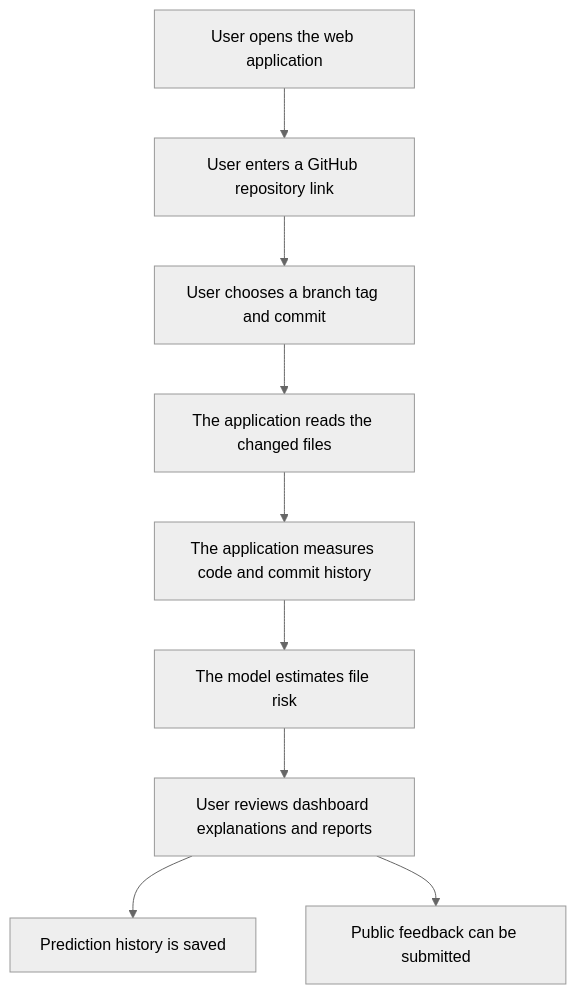
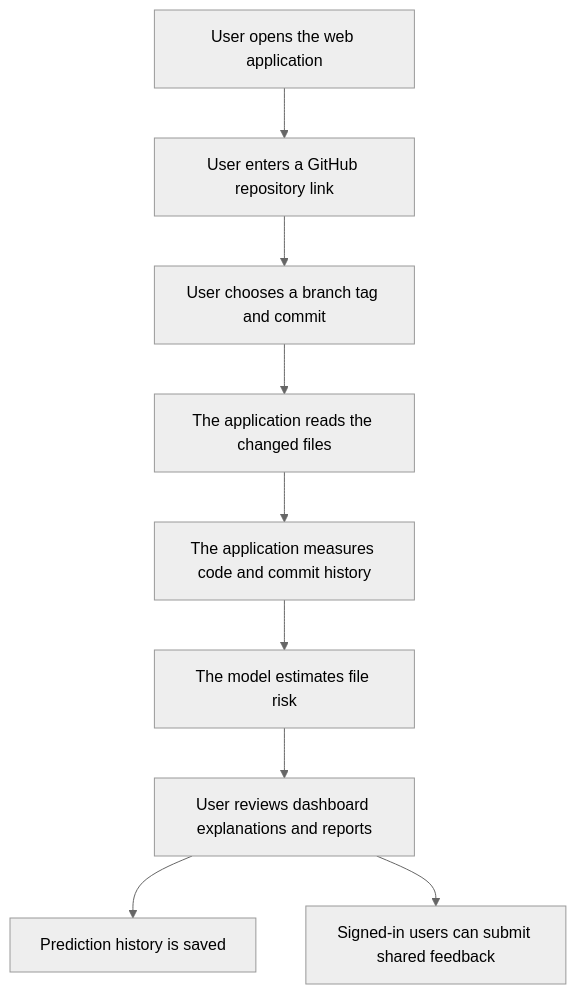
Before and after one commit to himadri116/CAPSTONE-II: the first of 3 diagrams in README.md, drawn with Mermaid (neutral theme). The commit also changed other lines of this file and 29 other files, not shown here.

````diff
--- a/README.md
+++ b/README.md
@@ -45,11 +45,11 @@
 ```mermaid
 flowchart TD
     A["User opens the web application"] --> B["User enters a GitHub repository link"]
     B --> C["User chooses a branch tag and commit"]
     C --> D["The application reads the changed files"]
     D --> E["The application measures code and commit history"]
     E --> F["The model estimates file risk"]
     F --> G["User reviews dashboard explanations and reports"]
     G --> H["Prediction history is saved"]
-    G --> I["Public feedback can be submitted"]
+    G --> I["Signed-in users can submit shared feedback"]
 ```
````
